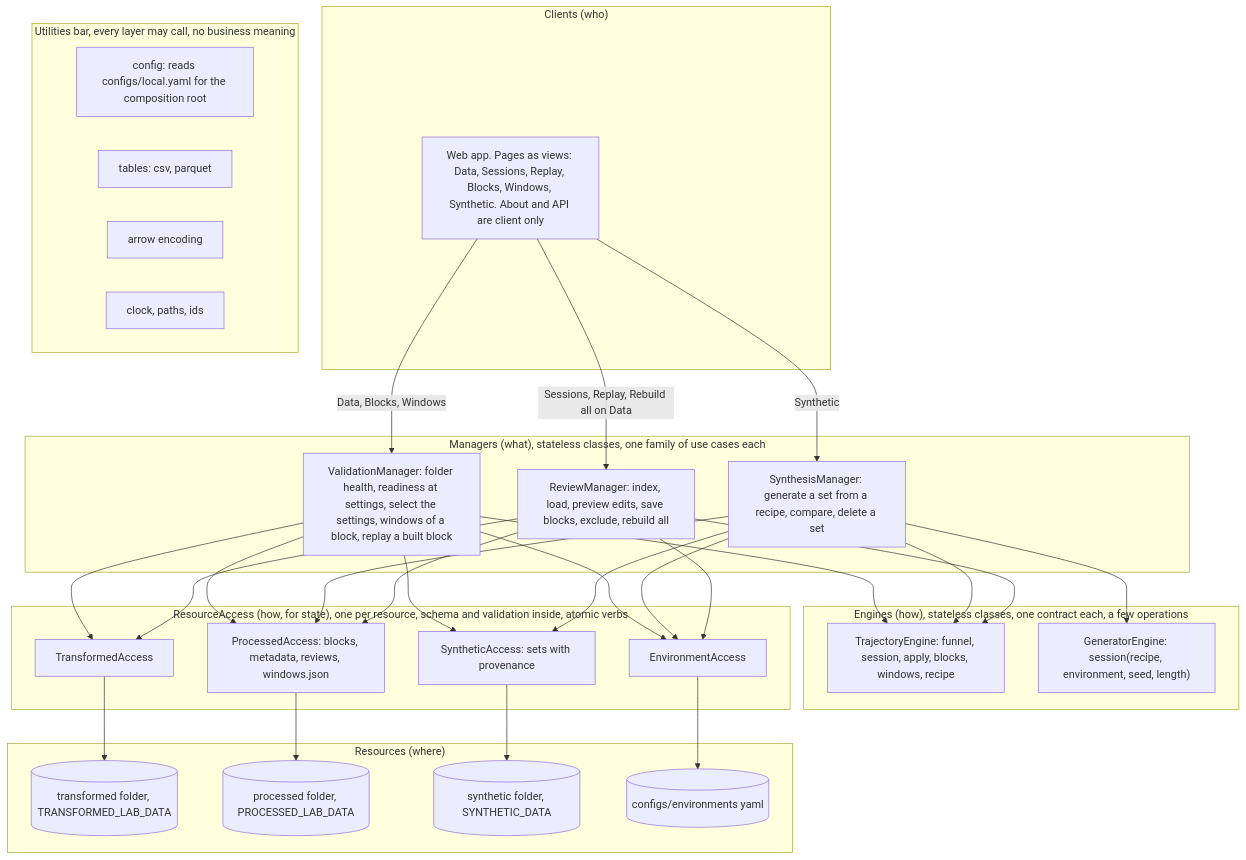
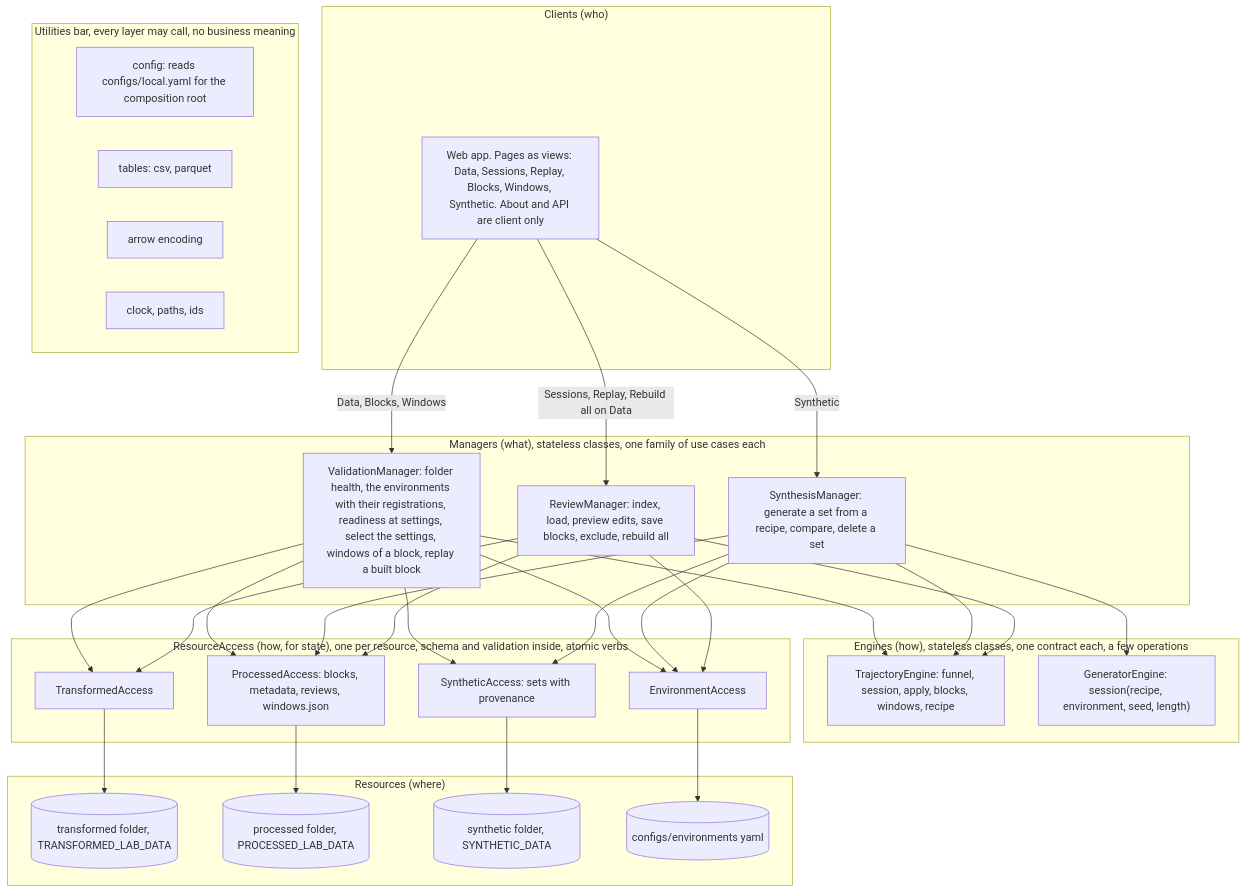
Before and after one commit to kshannon/axis-of-travel-rnn: the first of 5 diagrams in ratreplay/docs/architecture.md, drawn with Mermaid. The commit also changed other lines of this file and 38 other files, not shown here.

````diff
--- a/ratreplay/docs/architecture.md
+++ b/ratreplay/docs/architecture.md
@@ -82,57 +82,57 @@
 ```mermaid
 flowchart TB
     subgraph Clients["Clients (who)"]
         UI["Web app. Pages as views: Data, Sessions, Replay, Blocks, Windows, Synthetic. About and API are client only"]
     end
     subgraph Managers["Managers (what), stateless classes, one family of use cases each"]
         RM["ReviewManager: index, load, preview edits, save blocks, exclude, rebuild all"]
         SM["SynthesisManager: generate a set from a recipe, compare, delete a set"]
-        VM["ValidationManager: folder health, readiness at settings, select the settings, windows of a block, replay a built block"]
+        VM["ValidationManager: folder health, the environments with their registrations, readiness at settings, select the settings, windows of a block, replay a built block"]
     end
     subgraph Engines["Engines (how), stateless classes, one contract each, a few operations"]
         TE["TrajectoryEngine: funnel, session, apply, blocks, windows, recipe"]
         GE["GeneratorEngine: session(recipe, environment, seed, length)"]
     end
     subgraph RA["ResourceAccess (how, for state), one per resource, schema and validation inside, atomic verbs"]
         TA["TransformedAccess"]
         PA["ProcessedAccess: blocks, metadata, reviews, windows.json"]
         SA["SyntheticAccess: sets with provenance"]
         EA["EnvironmentAccess"]
     end
     subgraph Resources["Resources (where)"]
         RT[("transformed folder, TRANSFORMED_LAB_DATA")]
         RP[("processed folder, PROCESSED_LAB_DATA")]
         RS[("synthetic folder, SYNTHETIC_DATA")]
         RE[("configs/environments yaml")]
     end
     subgraph Utilities["Utilities bar, every layer may call, no business meaning"]
         UC["config: reads configs/local.yaml for the composition root"]
         UT["tables: csv, parquet"]
         UA["arrow encoding"]
         UK["clock, paths, ids"]
     end
 
     UI -->|Sessions, Replay, Rebuild all on Data| RM
     UI -->|Synthetic| SM
     UI -->|Data, Blocks, Windows| VM
 
     RM --> TE
     RM --> TA
     RM --> PA
     RM --> EA
     SM --> TE
     SM --> GE
     SM --> PA
     SM --> SA
     SM --> EA
     VM --> TE
     VM --> TA
     VM --> PA
     VM --> SA
     VM --> EA
 
     TA --> RT
     PA --> RP
     SA --> RS
     EA --> RE
 ```
````
